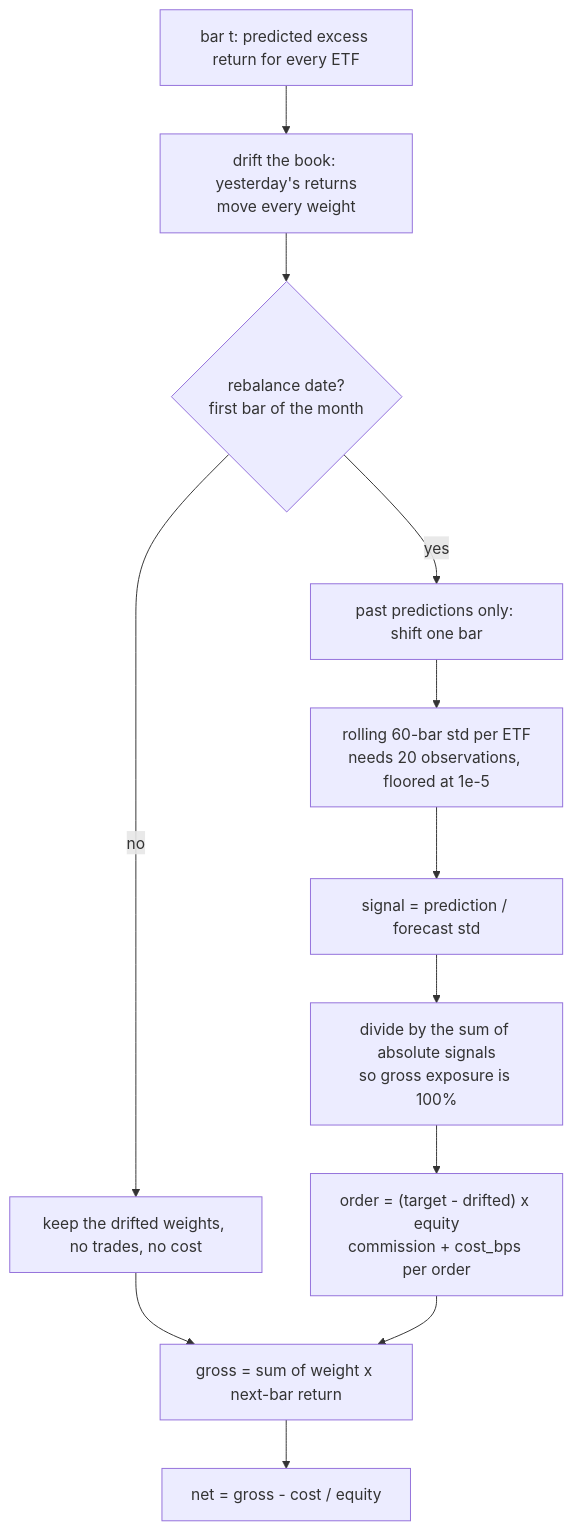
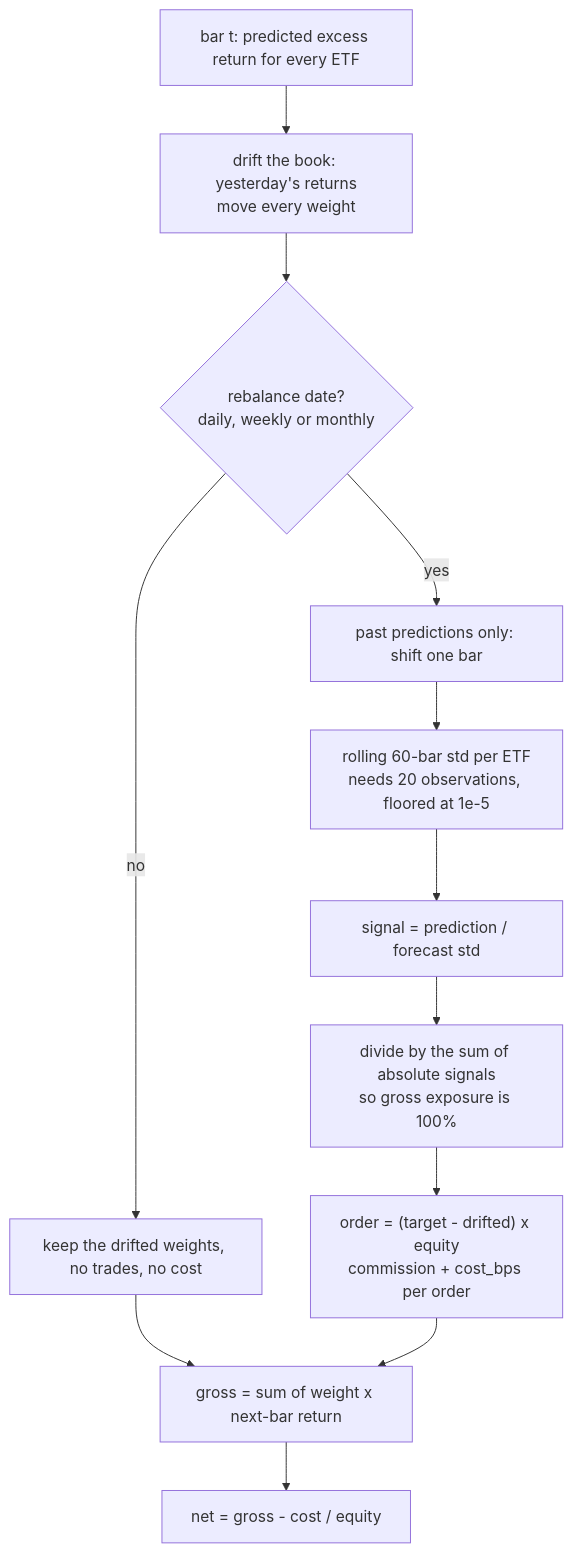
One commit to waiyeonglee/systematic-trading-strategies changed the fifth of 5 diagrams in README.md. Above: the diagram before and after it, drawn with Mermaid. The commit also changed other lines of this file and 107 other files, not shown here.

````diff
--- a/README.md
+++ b/README.md
@@ -111,14 +114,14 @@
 ```mermaid
 flowchart TD
     A["bar t: predicted excess return for every ETF"] --> B["drift the book: yesterday's returns<br/>move every weight"]
-    B --> C{"rebalance date?<br/>first bar of the month"}
+    B --> C{"rebalance date?<br/>daily, weekly or monthly"}
     C -- no --> D["keep the drifted weights, no trades, no cost"]
     C -- yes --> E["past predictions only: shift one bar"]
     E --> F["rolling 60-bar std per ETF<br/>needs 20 observations, floored at 1e-5"]
     F --> G["signal = prediction / forecast std"]
     G --> H["divide by the sum of absolute signals<br/>so gross exposure is 100%"]
     H --> I["order = (target - drifted) x equity<br/>commission + cost_bps per order"]
     D --> J["gross = sum of weight x next-bar return"]
     I --> J
     J --> K["net = gross - cost / equity"]
 ```
````
